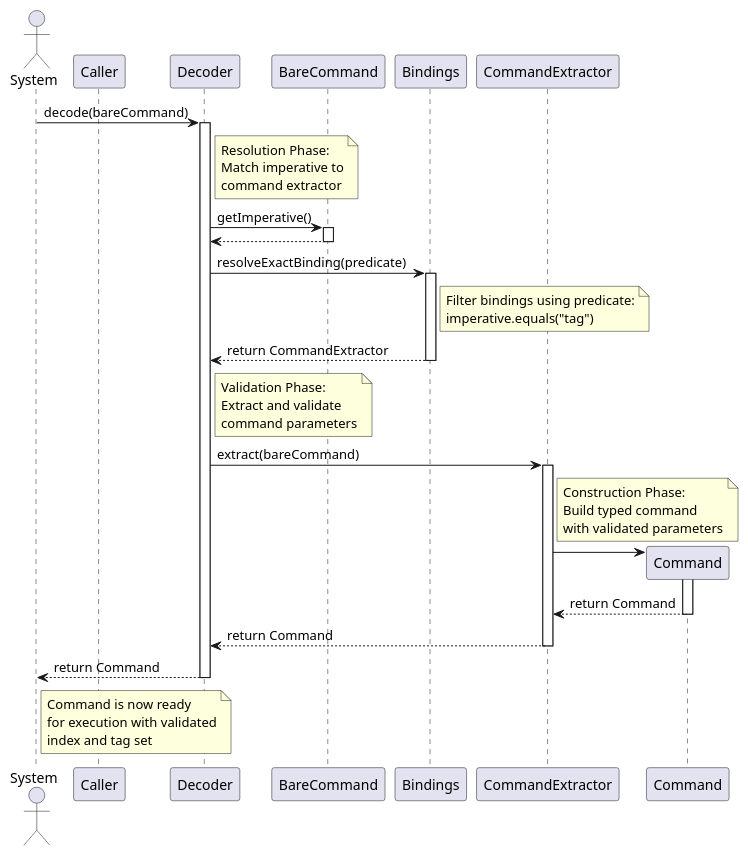
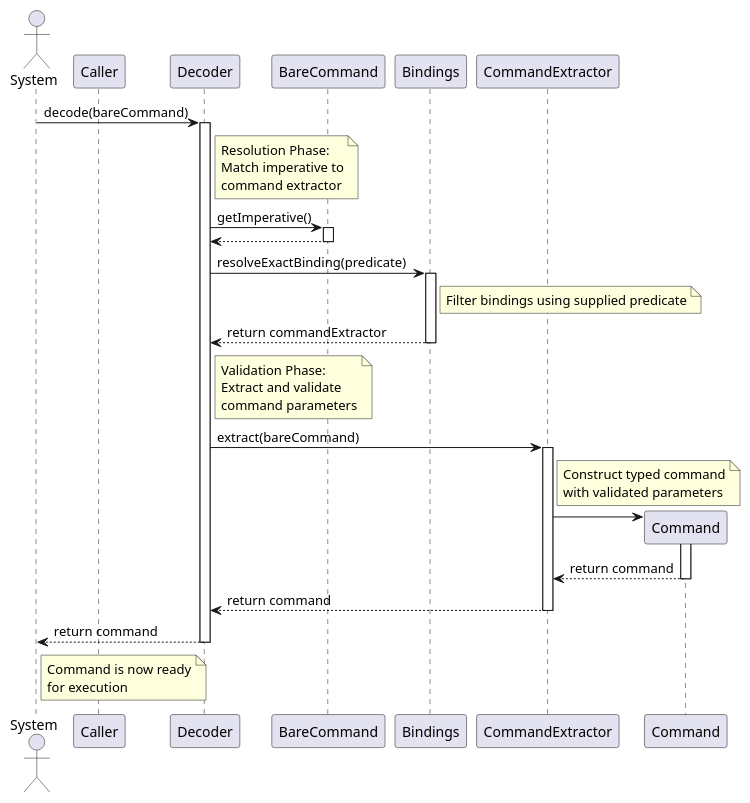
One commit to AY2526S1-CS2103T-T13-2/tp changed the diagram in diagrams/assembly/DecodingSequence.puml. Above: the diagram before and after it, drawn with PlantUML. The commit also changed 35 other files, not shown here.

```diff
--- a/diagrams/assembly/DecodingSequence.puml
+++ b/diagrams/assembly/DecodingSequence.puml
@@ -1,68 +1,65 @@
 @startuml
 actor System
 participant "Caller" as Caller
 participant "Decoder" as Decoder
 participant "BareCommand" as BareCmd
 participant "Bindings" as Bindings
 participant "CommandExtractor" as Extractor
 participant "Command" as Cmd
 
 System -> Decoder: decode(bareCommand)
 activate Decoder
 
 note right of Decoder
   Resolution Phase:
   Match imperative to
   command extractor
 end note
 
 Decoder -> BareCmd: getImperative()
 activate BareCmd
 BareCmd --> Decoder
 deactivate BareCmd
 
 Decoder -> Bindings: resolveExactBinding(predicate)
 activate Bindings
 
 note right of Bindings
-  Filter bindings using predicate:
-  imperative.equals("tag")
+  Filter bindings using supplied predicate
 end note
 
-Bindings --> Decoder: return CommandExtractor
+Bindings --> Decoder: return commandExtractor
 deactivate Bindings
 
 note right of Decoder
   Validation Phase:
   Extract and validate
   command parameters
 end note
 
 Decoder -> Extractor: extract(bareCommand)
 activate Extractor
 
 note right of Extractor
-  Construction Phase:
-  Build typed command
+  Construct typed command
   with validated parameters
 end note
 
 create Cmd
 Extractor -> Cmd
 activate Cmd
-Cmd --> Extractor: return Command
+Cmd --> Extractor: return command
 deactivate Cmd
 
-Extractor --> Decoder: return Command
+Extractor --> Decoder: return command
 deactivate Extractor
 
-Decoder --> System: return Command
+Decoder --> System: return command
 deactivate Decoder
 
 note right of System
   Command is now ready
-  for execution with validated
-  index and tag set
+  for execution
 end note
 
 @enduml
```
